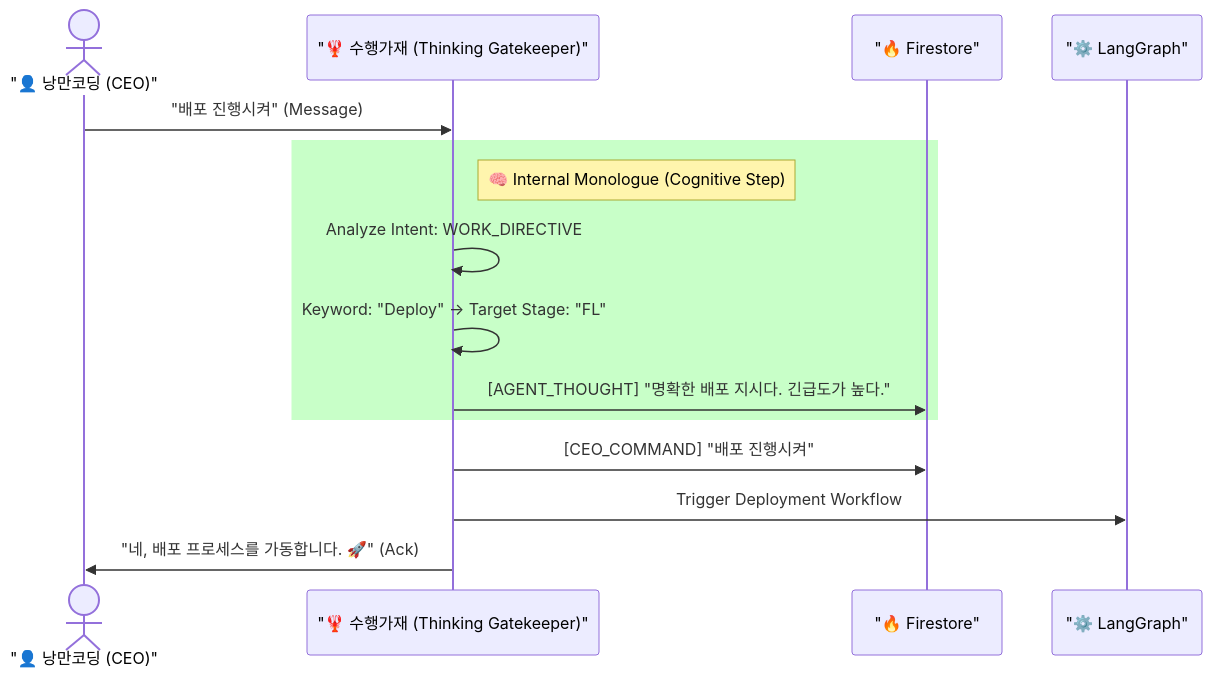
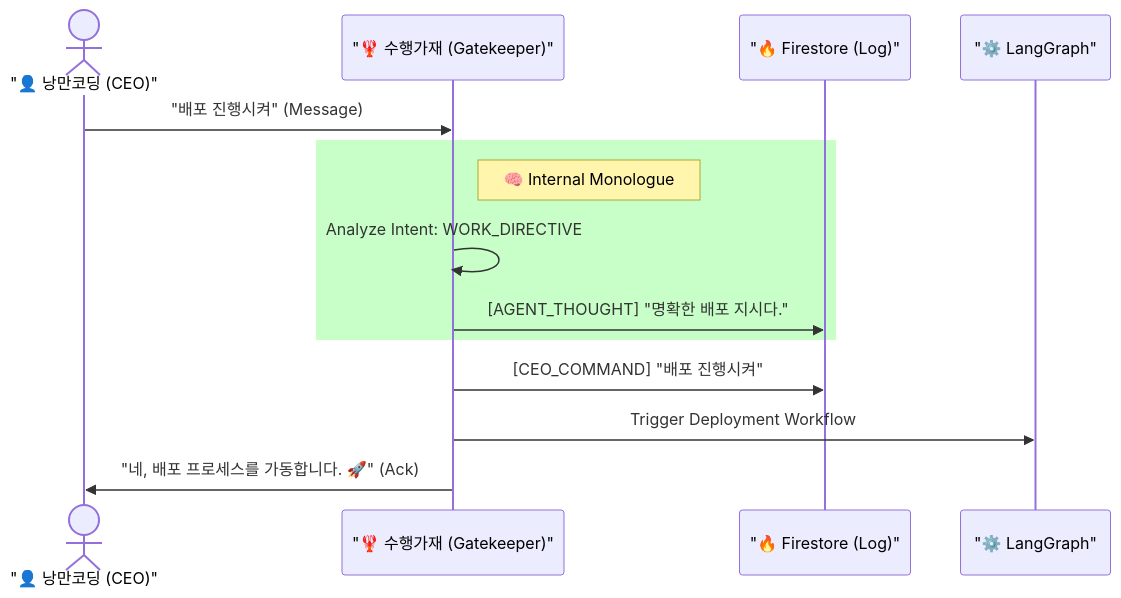
Before and after one commit to yuna-studio/yuna-openclaw: the third of 5 diagrams in docs/core/process/SYSTEM_DESIGN_V1_0.md, drawn with Mermaid. The commit also changed other lines of this file, not shown here.

````diff
--- a/docs/core/process/SYSTEM_DESIGN_V1_0.md
+++ b/docs/core/process/SYSTEM_DESIGN_V1_0.md
@@ -222,20 +229,19 @@
 ```mermaid
 sequenceDiagram
     actor CEO as "👤 낭만코딩 (CEO)"
-    participant ATT as "🦞 수행가재 (Thinking Gatekeeper)"
-    participant DB as "🔥 Firestore"
+    participant ATT as "🦞 수행가재 (Gatekeeper)"
+    participant DB as "🔥 Firestore (Log)"
     participant LG as "⚙️ LangGraph"
 
     CEO->>ATT: "배포 진행시켜" (Message)
     
     rect rgb(200, 255, 200)
-    note right of ATT: 🧠 Internal Monologue (Cognitive Step)
+    note right of ATT: 🧠 Internal Monologue
     ATT->>ATT: Analyze Intent: WORK_DIRECTIVE
-    ATT->>ATT: Keyword: "Deploy" -> Target Stage: "FL"
-    ATT->>DB: [AGENT_THOUGHT] "명확한 배포 지시다. 긴급도가 높다."
+    ATT->>DB: [AGENT_THOUGHT] "명확한 배포 지시다."
     end
     
     ATT->>DB: [CEO_COMMAND] "배포 진행시켜"
     ATT->>LG: Trigger Deployment Workflow
     ATT->>CEO: "네, 배포 프로세스를 가동합니다. 🚀" (Ack)
 ```
````
